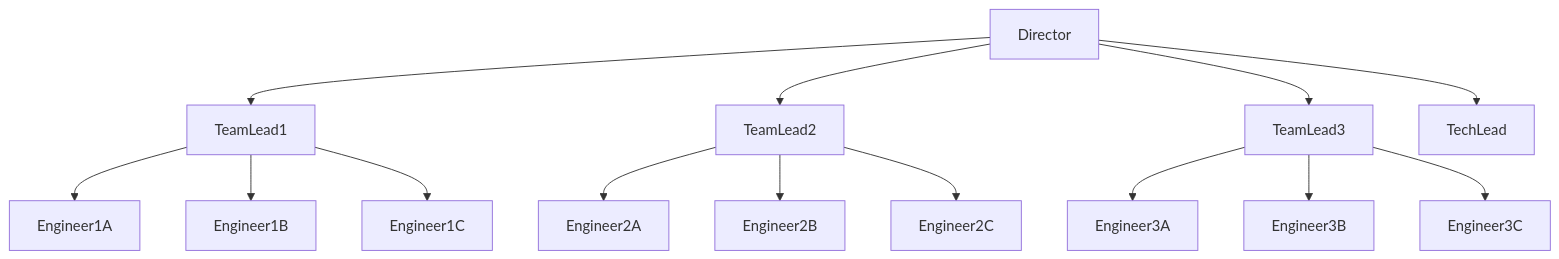
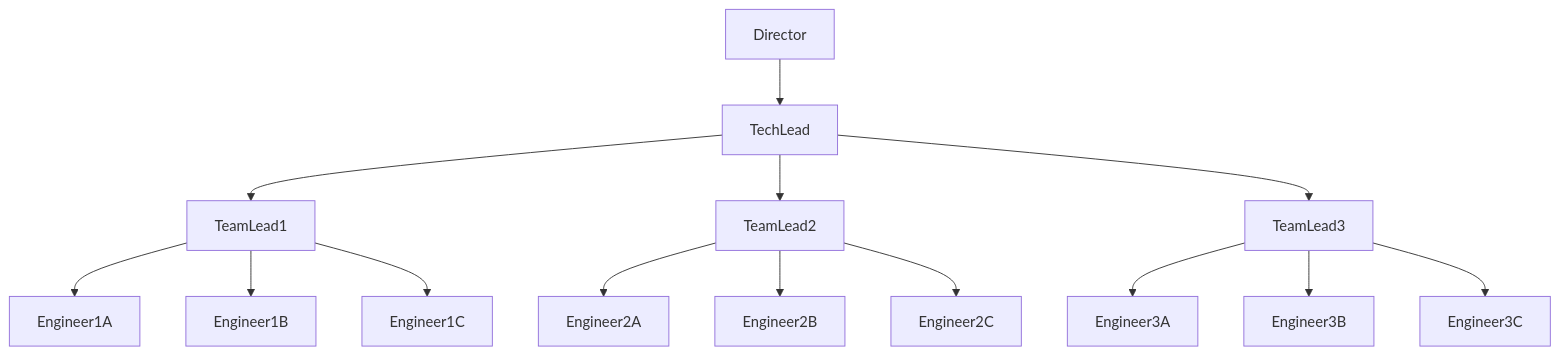
The diagram in README.md (AJStangl/reddit-bot-gpt2-xl), drawn with Mermaid before and after one commit.

````diff
--- a/README.md
+++ b/README.md
@@ -2,19 +2,20 @@
 ```mermaid
 graph TD;
-    Director --> TeamLead1;
-    Director --> TeamLead2;
-    Director --> TeamLead3;
     Director --> TechLead;
+    TechLead --> TeamLead1;
+    TechLead --> TeamLead2;
+    TechLead --> TeamLead3;
 
     TeamLead1 --> Engineer1A;
     TeamLead1 --> Engineer1B;
     TeamLead1 --> Engineer1C;
 
     TeamLead2 --> Engineer2A;
     TeamLead2 --> Engineer2B;
     TeamLead2 --> Engineer2C;
 
     TeamLead3 --> Engineer3A;
     TeamLead3 --> Engineer3B;
     TeamLead3 --> Engineer3C;
+
 ```
````
